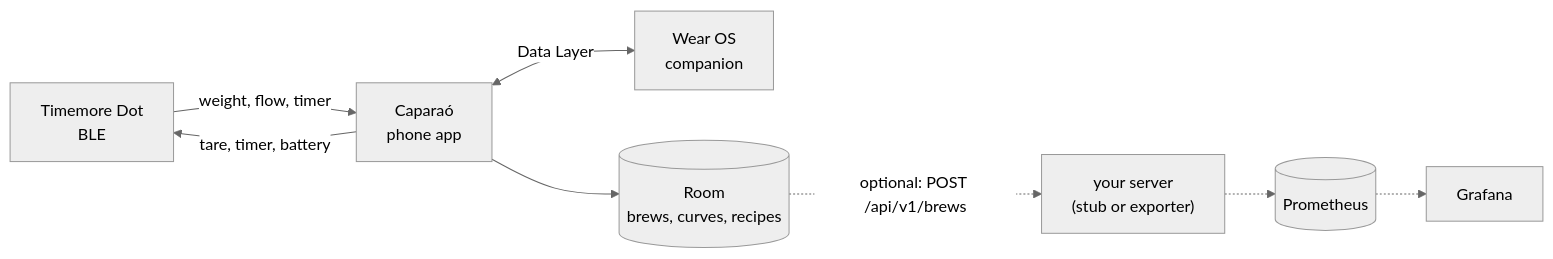
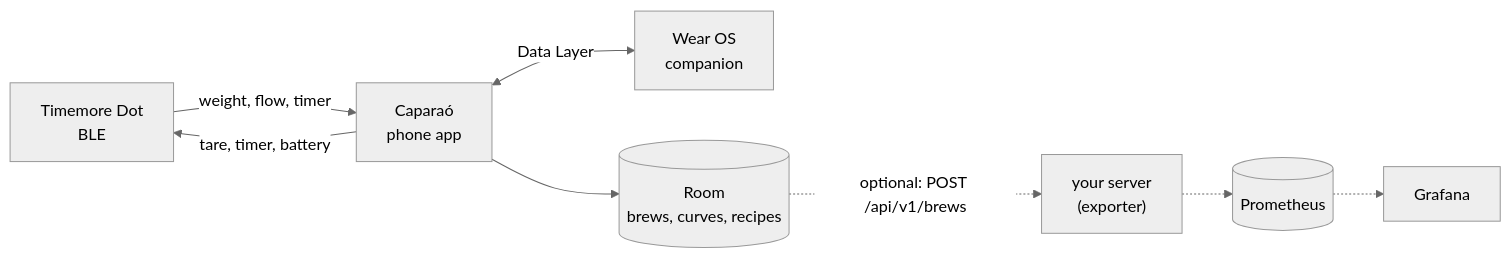
Before and after one commit to MateuxLucax/caparao: the diagram in README.md, drawn with Mermaid (neutral theme). The commit also changed other lines of this file and 55 other files, not shown here.

````diff
--- a/README.md
+++ b/README.md
@@ -48,9 +48,9 @@
 ```mermaid
 flowchart LR
     dot["Timemore Dot<br/>BLE"] -->|"weight, flow, timer"| app["Caparaó<br/>phone app"]
     app -->|"tare, timer, battery"| dot
     app <-->|"Data Layer"| watch["Wear OS<br/>companion"]
     app --> room[("Room<br/>brews, curves, recipes")]
-    room -.->|"optional: POST /api/v1/brews"| srv["your server<br/>(stub or exporter)"]
+    room -.->|"optional: POST /api/v1/brews"| srv["your server<br/>(exporter)"]
     srv -.-> prom[("Prometheus")] -.-> graf["Grafana"]
 ```
````
